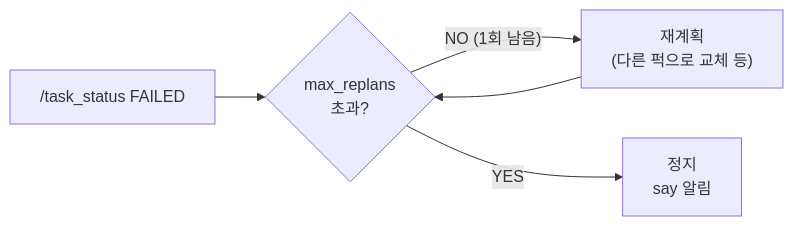
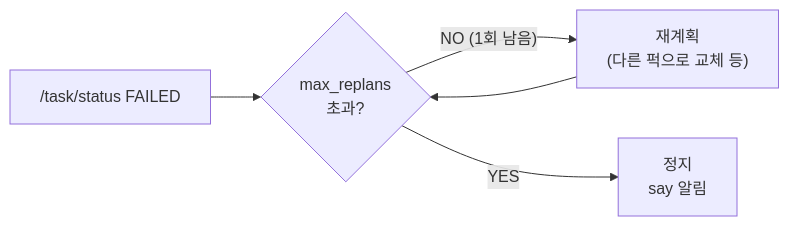
One commit to SeungHye-J/Lv2_bee_Assignment changed the fifth of 5 diagrams in documents/mission/scenario/04-phase3-plan.md. Above: the diagram before and after it, drawn with Mermaid. The commit also changed other lines of this file and 25 other files, not shown here.

````diff
--- a/documents/mission/scenario/04-phase3-plan.md
+++ b/documents/mission/scenario/04-phase3-plan.md
@@ -129,11 +129,11 @@
 ```mermaid
 flowchart LR
-    FAIL["/task_status FAILED"]
+    FAIL["/task/status FAILED"]
     RE{"max_replans\n초과?"}
     REPLAN["재계획\n(다른 퍽으로 교체 등)"]
     STOP["정지\nsay 알림"]
 
     FAIL --> RE
     RE -->|"NO (1회 남음)"| REPLAN --> RE
     RE -->|"YES"| STOP
 ```
````
